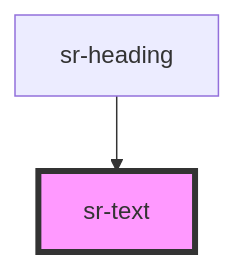
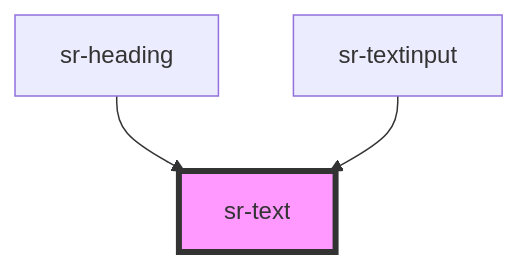
The diagram in src/components/primitives/sr-text/readme.md (tonyblu331/spotify-replay-design-system), drawn with Mermaid before and after one commit. The commit also changed other lines of this file and 5 other files, not shown here.

````diff
--- a/src/components/primitives/sr-text/readme.md
+++ b/src/components/primitives/sr-text/readme.md
@@ -37,5 +38,6 @@
 ```mermaid
 graph TD;
   sr-heading --> sr-text
+  sr-textinput --> sr-text
   style sr-text fill:#f9f,stroke:#333,stroke-width:4px
 ```
````
